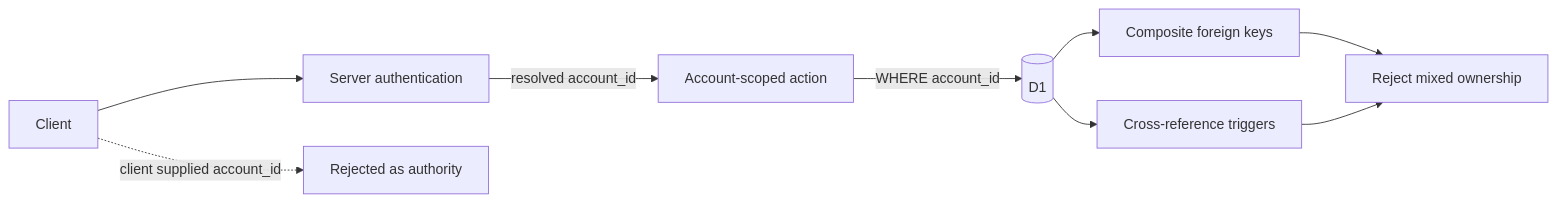
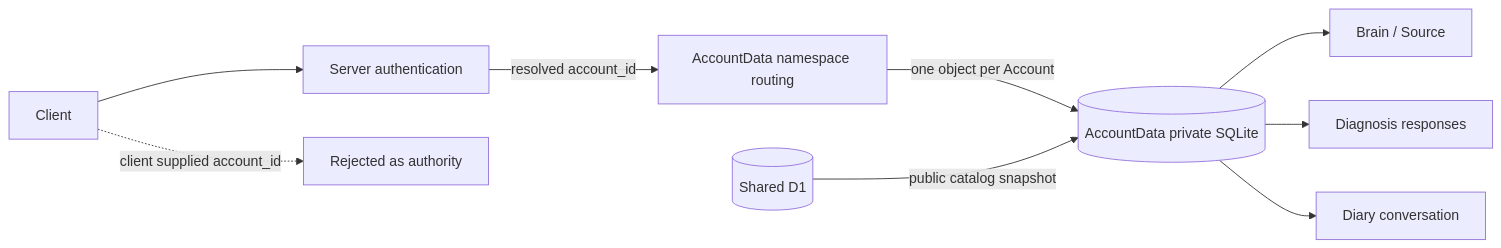
The first of 2 diagrams in docs/architecture/account-data-isolation.md (kkyosuke/me-builder), drawn with Mermaid before and after one commit. The commit also changed other lines of this file and 69 other files, not shown here.

````diff
--- a/docs/architecture/account-data-isolation.md
+++ b/docs/architecture/account-data-isolation.md
@@ -26,11 +27,11 @@
 ```mermaid
 flowchart LR
     C[Client] --> A[Server authentication]
-    A -->|resolved account_id| U[Account-scoped action]
-    U -->|WHERE account_id| D[(D1)]
-    D --> K[Composite foreign keys]
-    D --> T[Cross-reference triggers]
-    K --> R[Reject mixed ownership]
-    T --> R
+    A -->|resolved account_id| R[AccountData namespace routing]
+    R -->|one object per Account| O[(AccountData private SQLite)]
+    O --> B[Brain / Source]
+    O --> G[Diagnosis responses]
+    O --> Y[Diary conversation]
+    D[(Shared D1)] -->|public catalog snapshot| O
     C -. client supplied account_id .-> X[Rejected as authority]
 ```
````
